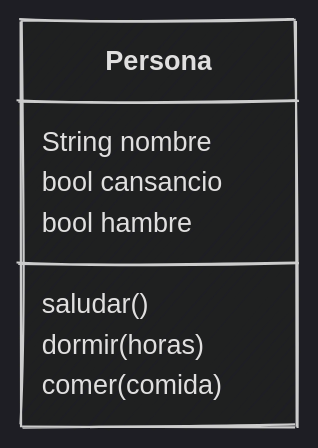
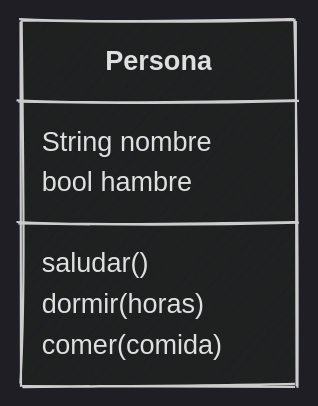
The fourth of 9 diagrams in content/sesion03/Readme.md (python-la-paz/python-study-group-oop), drawn with Mermaid before and after one commit. The commit also changed other lines of this file, not shown here.

````diff
--- a/content/sesion03/Readme.md
+++ b/content/sesion03/Readme.md
@@ -345,12 +371,11 @@
 ```mermaid
 %%{init: {"theme": "dark", "look": "handDrawn" }}%%
 classDiagram
     class Persona {
         String nombre
-        bool cansancio
         bool hambre
         saludar()
         dormir(horas)
         comer(comida)
     }
 ```
````
